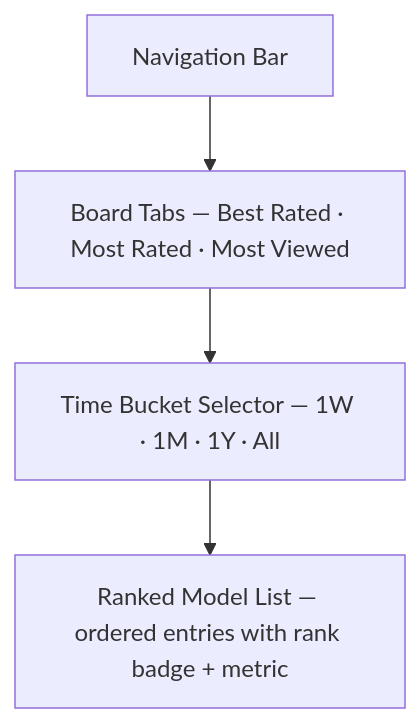
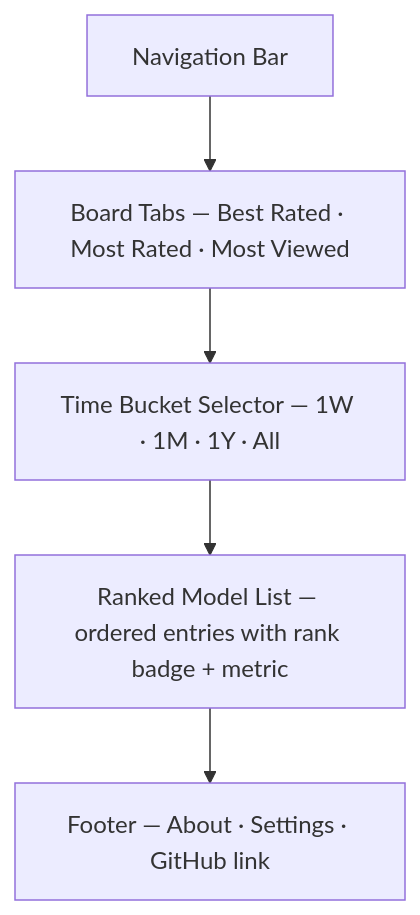
The diagram in docs/pages/leaderboards/SPEC.md (nsheaps/farish), drawn with Mermaid before and after one commit. The commit also changed other lines of this file and 30 other files, not shown here.

First line of the commit message:
docs(pages): step-16 cross-page validation — global footer, nav consistency fixes

````diff
--- a/docs/pages/leaderboards/SPEC.md
+++ b/docs/pages/leaderboards/SPEC.md
@@ -34,8 +34,9 @@
 ```mermaid
 flowchart TB
     Nav[Navigation Bar]
     Tabs[Board Tabs — Best Rated · Most Rated · Most Viewed]
     Bucket[Time Bucket Selector — 1W · 1M · 1Y · All]
     List[Ranked Model List — ordered entries with rank badge + metric]
-    Nav --> Tabs --> Bucket --> List
+    Footer[Footer — About · Settings · GitHub link]
+    Nav --> Tabs --> Bucket --> List --> Footer
 ```
````
